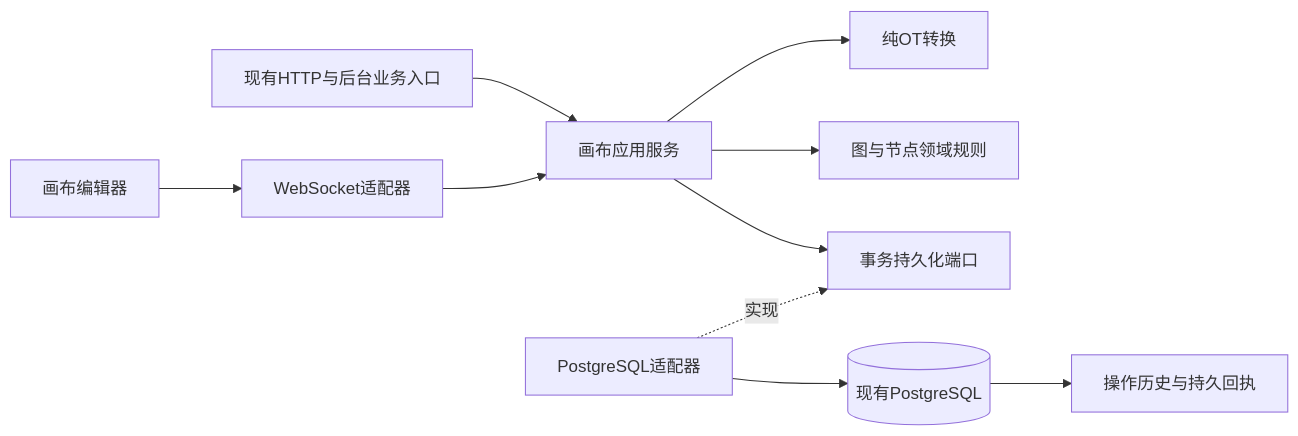
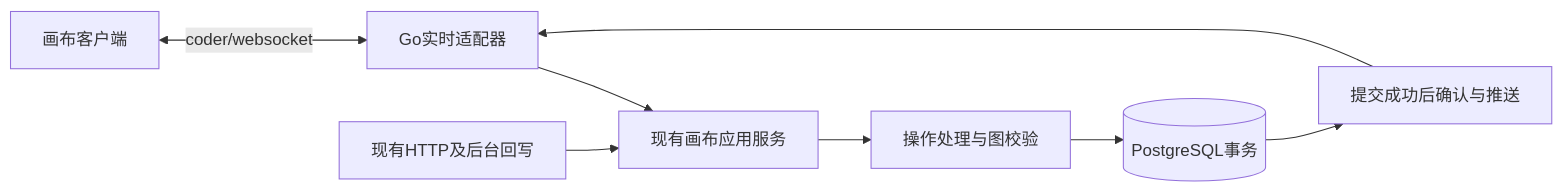
Before and after one commit to StephenQiu30/glowloom: the diagram in docs/design/14-画布数据服务与DAG设计.md, drawn with Mermaid. The commit also changed other lines of this file and 17 other files, not shown here.

````diff
--- a/docs/design/14-画布数据服务与DAG设计.md
+++ b/docs/design/14-画布数据服务与DAG设计.md
@@ -32,12 +93,10 @@
 ```mermaid
 flowchart LR
-  UI[画布编辑器] --> WS[WebSocket适配器]
-  HTTP[现有HTTP与后台业务入口] --> APP[画布应用服务]
-  WS --> APP
-  APP --> OT[纯OT转换]
-  APP --> GRAPH[图与节点领域规则]
-  APP --> PORT[事务持久化端口]
-  PG[PostgreSQL适配器] -.实现.-> PORT
-  PG --> DB[(现有PostgreSQL)]
-  DB --> LOG[操作历史与持久回执]
+    C[画布客户端] <-->|coder/websocket| W[Go实时适配器]
+    W --> A[现有画布应用服务]
+    H[现有HTTP及后台回写] --> A
+    A --> R[操作处理与图校验]
+    R --> P[(PostgreSQL事务)]
+    P --> N[提交成功后确认与推送]
+    N --> W
 ```
````
